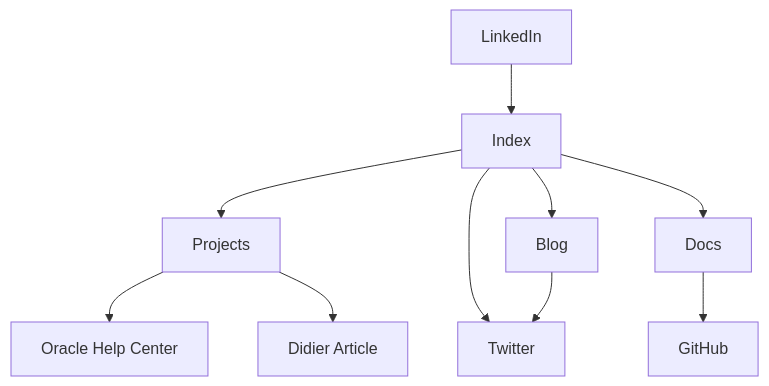
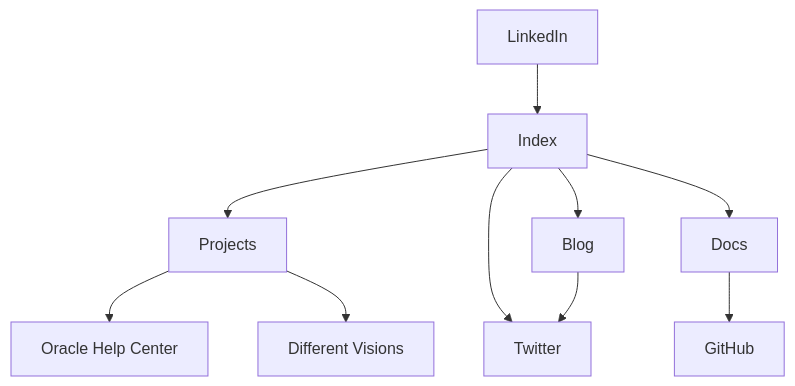
Before and after one commit to jack-walton/docs: the diagram in content/information-architecture.mdx, drawn with Mermaid. The commit also changed other lines of this file, not shown here.

````diff
--- a/content/information-architecture.mdx
+++ b/content/information-architecture.mdx
@@ -19,12 +18,12 @@
 ```mermaid
 flowchart TD
     LinkedIn --> Index
     Index --> Projects
     Index --> Blog
     Index --> Docs
     Index --> Twitter
     Blog --> Twitter
     Projects --> OHC[Oracle Help Center]
-    Projects --> BA[Didier Article]
+    Projects --> BA[Different Visions]
     Docs --> GitHub
 ```
````
